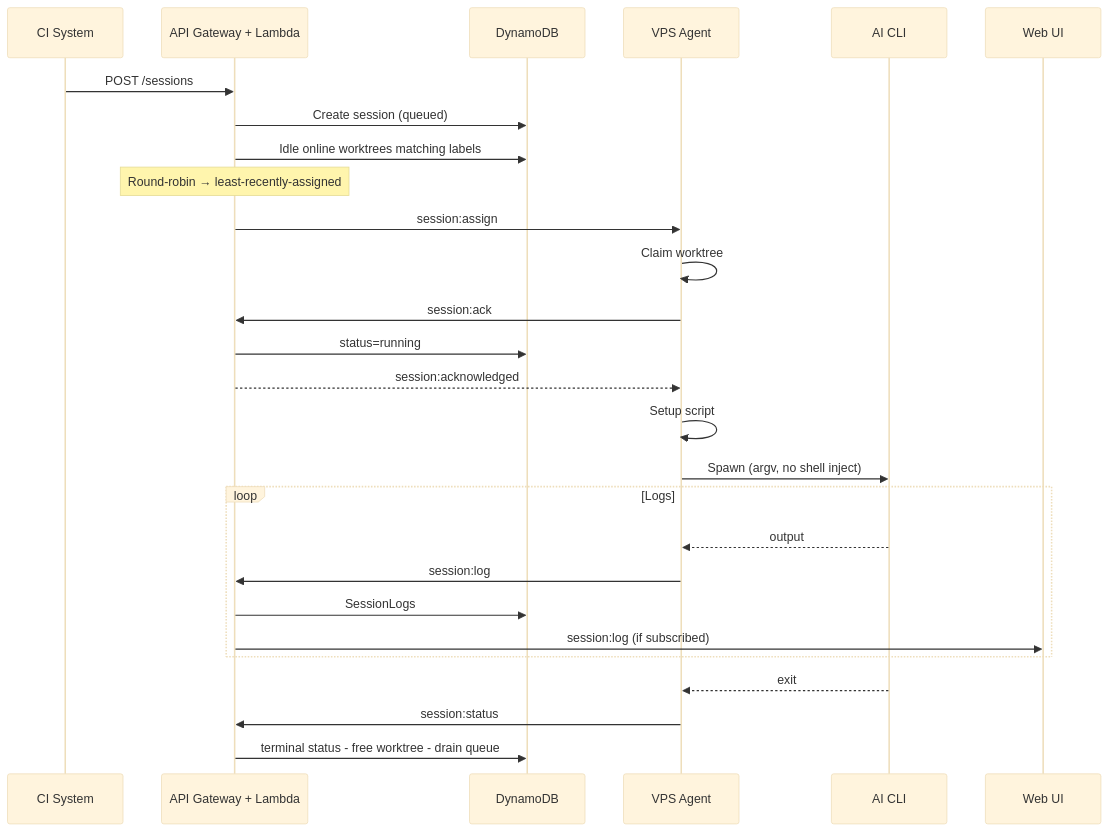
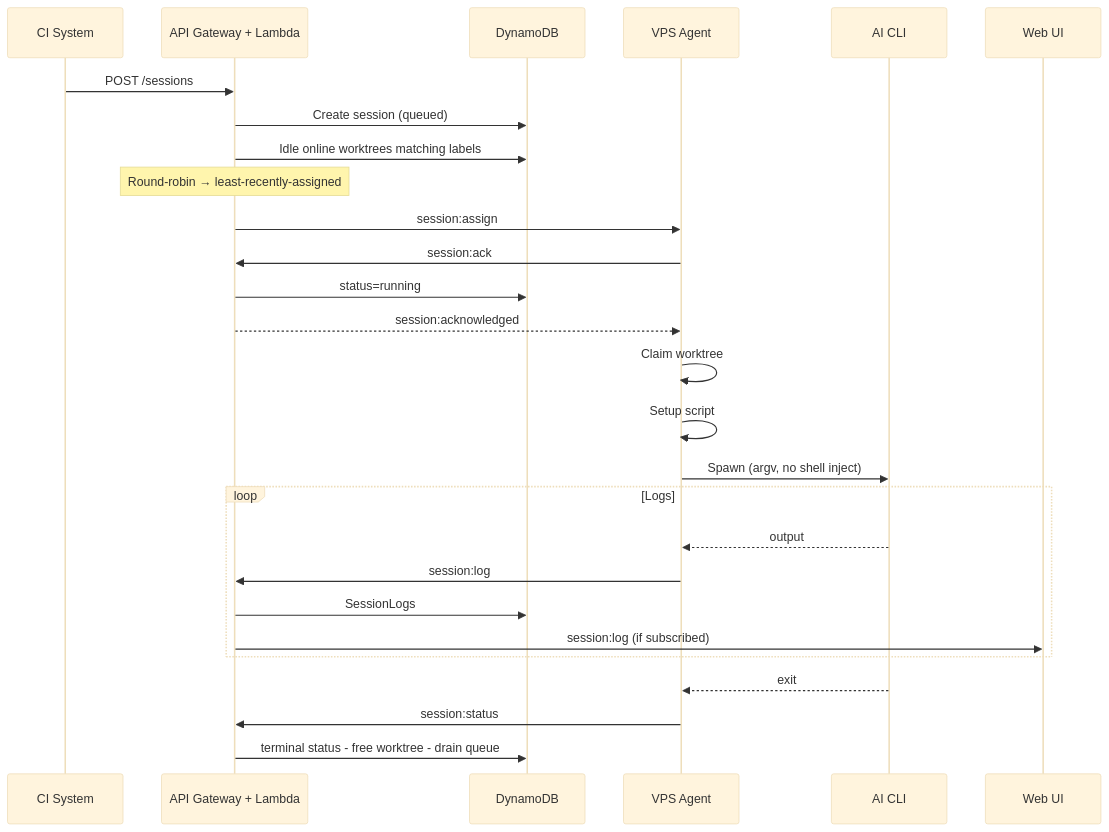
Before and after one commit to jonathanong/auto-harness: the second of 4 diagrams in docs/architecture.md, drawn with Mermaid (base theme). The commit also changed other lines of this file and 34 other files, not shown here.

````diff
--- a/docs/architecture.md
+++ b/docs/architecture.md
@@ -77,30 +77,30 @@
 ```mermaid
 sequenceDiagram
     participant CI as CI System
     participant API as API Gateway + Lambda
     participant DDB as DynamoDB
     participant Agent as VPS Agent
     participant Tool as AI CLI
     participant UI as Web UI
 
     CI->>API: POST /sessions
     API->>DDB: Create session (queued)
     API->>DDB: Idle online worktrees matching labels
     Note over API: Round-robin → least-recently-assigned
     API->>Agent: session:assign
-    Agent->>Agent: Claim worktree
     Agent->>API: session:ack
     API->>DDB: status=running
     API-->>Agent: session:acknowledged
+    Agent->>Agent: Claim worktree
     Agent->>Agent: Setup script
     Agent->>Tool: Spawn (argv, no shell inject)
     loop Logs
         Tool-->>Agent: output
         Agent->>API: session:log
         API->>DDB: SessionLogs
         API->>UI: session:log (if subscribed)
     end
     Tool-->>Agent: exit
     Agent->>API: session:status
     API->>DDB: terminal status - free worktree - drain queue
 ```
````
